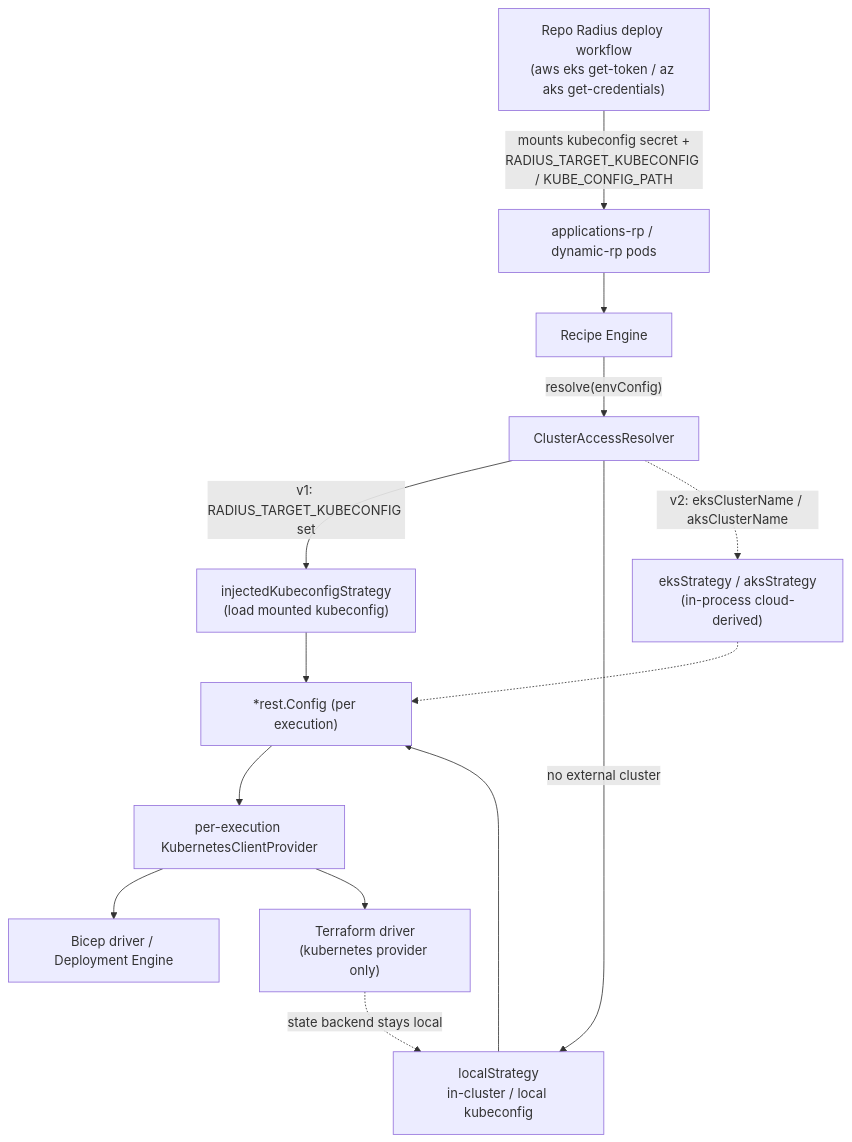
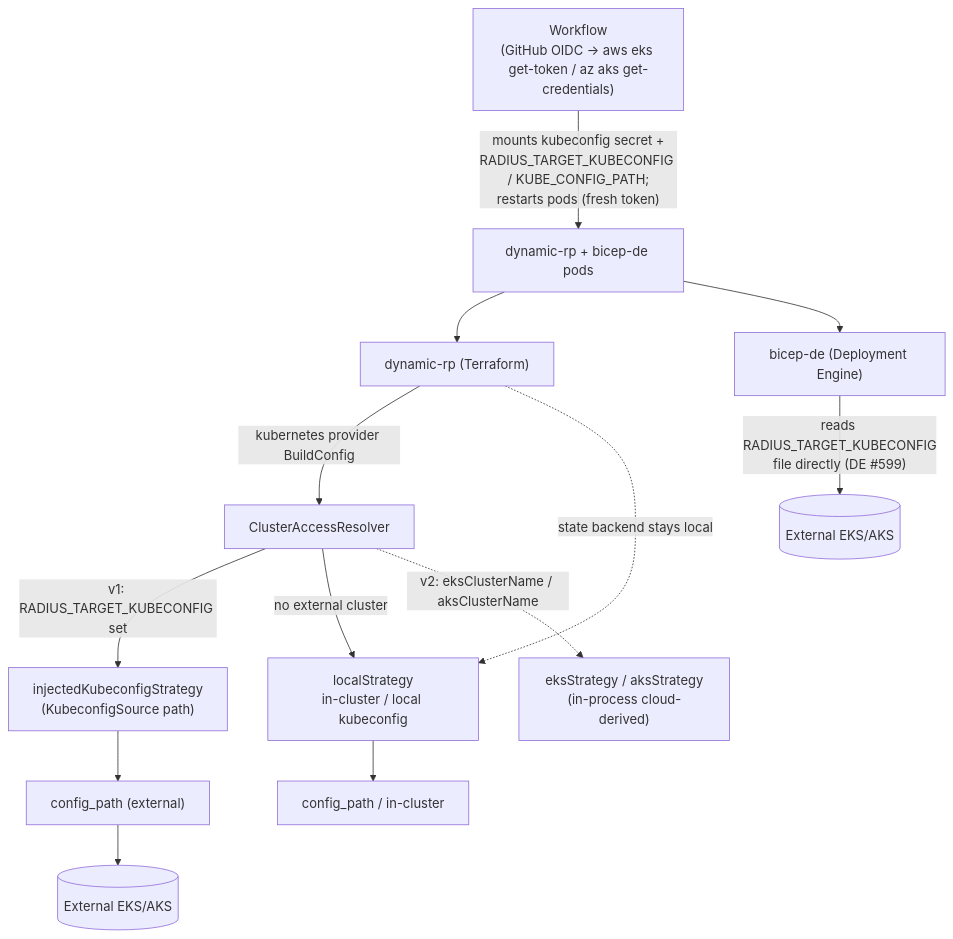
One commit to radius-project/radius changed the diagram in eng/design-notes/environments/2026-06-multi-cluster.md. Above: the diagram before and after it, drawn with Mermaid. The commit also changed other lines of this file, not shown here.

First line of the commit message:
docs(design): correct multi-cluster v1 to match shipped code and DE contract

````diff
--- a/eng/design-notes/environments/2026-06-multi-cluster.md
+++ b/eng/design-notes/environments/2026-06-multi-cluster.md
@@ -229,21 +246,20 @@
 ```mermaid
 flowchart TD
-    WF["Repo Radius deploy workflow<br/>(aws eks get-token / az aks get-credentials)"] -->|"mounts kubeconfig secret +<br/>RADIUS_TARGET_KUBECONFIG / KUBE_CONFIG_PATH"| Pods["applications-rp / dynamic-rp pods"]
+    WF["Workflow<br/>(GitHub OIDC → aws eks get-token / az aks get-credentials)"] -->|"mounts kubeconfig secret +<br/>RADIUS_TARGET_KUBECONFIG / KUBE_CONFIG_PATH;<br/>restarts pods (fresh token)"| Pods["dynamic-rp + bicep-de pods"]
 
-    Pods --> Engine["Recipe Engine"]
-    Engine -->|"resolve(envConfig)"| Resolver["ClusterAccessResolver"]
+    Pods --> TFRP["dynamic-rp (Terraform)"]
+    Pods --> DE["bicep-de (Deployment Engine)"]
 
-    Resolver -->|"v1: RADIUS_TARGET_KUBECONFIG set"| Inj["injectedKubeconfigStrategy<br/>(load mounted kubeconfig)"]
+    TFRP -->|"kubernetes provider BuildConfig"| Resolver["ClusterAccessResolver"]
+    Resolver -->|"v1: RADIUS_TARGET_KUBECONFIG set"| Inj["injectedKubeconfigStrategy<br/>(KubeconfigSource path)"]
     Resolver -->|"no external cluster"| Local["localStrategy<br/>in-cluster / local kubeconfig"]
     Resolver -.->|"v2: eksClusterName / aksClusterName"| Cloud["eksStrategy / aksStrategy<br/>(in-process cloud-derived)"]
 
-    Inj --> Cfg["*rest.Config (per execution)"]
-    Local --> Cfg
-    Cloud -.-> Cfg
+    Inj --> CP["config_path (external)"]
+    Local --> CP2["config_path / in-cluster"]
+    CP --> TFExt[(External EKS/AKS)]
 
-    Cfg --> KCP["per-execution KubernetesClientProvider"]
-    KCP --> Bicep["Bicep driver / Deployment Engine"]
-    KCP --> TF["Terraform driver<br/>(kubernetes provider only)"]
+    DE -->|"reads RADIUS_TARGET_KUBECONFIG<br/>file directly (DE #599)"| DEExt[(External EKS/AKS)]
 
-    TF -. "state backend stays local" .-> Local
+    TFRP -. "state backend stays local" .-> Local
 ```
````
